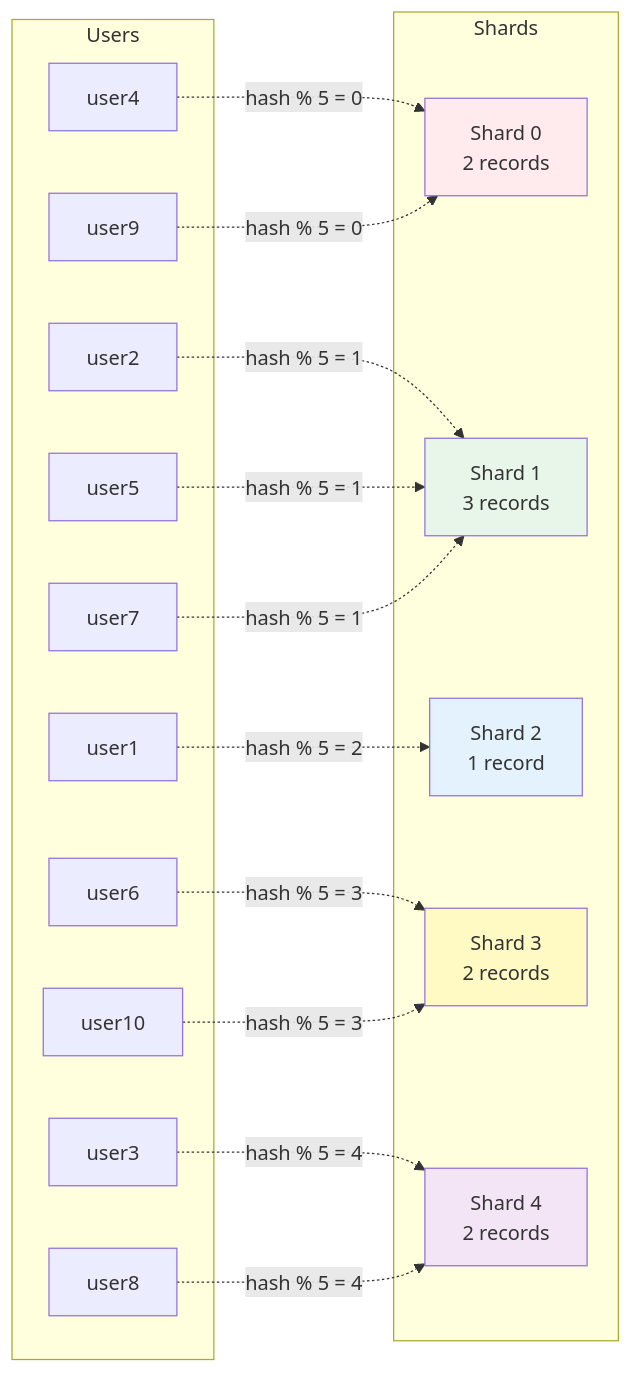
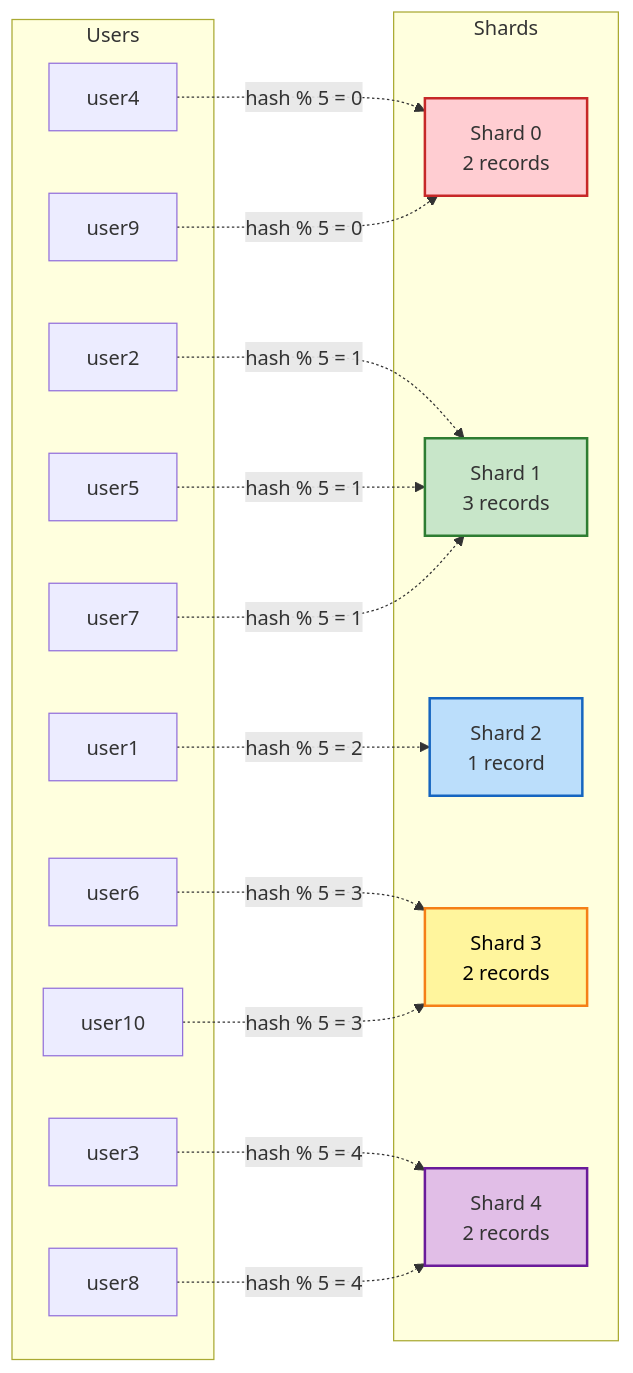
One commit to Demilade01/sharded-data-service changed the sixth of 10 diagrams in ARCHITECTURE.md. Above: the diagram before and after it, drawn with Mermaid. The commit also changed other lines of this file, not shown here.

````diff
--- a/ARCHITECTURE.md
+++ b/ARCHITECTURE.md
@@ -231,40 +231,40 @@
 ```mermaid
 graph LR
     subgraph "Users"
         U1[user1]
         U2[user2]
         U3[user3]
         U4[user4]
         U5[user5]
         U6[user6]
         U7[user7]
         U8[user8]
         U9[user9]
         U10[user10]
     end
 
     subgraph "Shards"
         S0[Shard 0<br/>2 records]
         S1[Shard 1<br/>3 records]
         S2[Shard 2<br/>1 record]
         S3[Shard 3<br/>2 records]
         S4[Shard 4<br/>2 records]
     end
 
     U1 -.->|hash % 5 = 2| S2
     U2 -.->|hash % 5 = 1| S1
     U3 -.->|hash % 5 = 4| S4
     U4 -.->|hash % 5 = 0| S0
     U5 -.->|hash % 5 = 1| S1
     U6 -.->|hash % 5 = 3| S3
     U7 -.->|hash % 5 = 1| S1
     U8 -.->|hash % 5 = 4| S4
     U9 -.->|hash % 5 = 0| S0
     U10 -.->|hash % 5 = 3| S3
 
-    style S0 fill:#ffebee
-    style S1 fill:#e8f5e9
-    style S2 fill:#e3f2fd
-    style S3 fill:#fff9c4
-    style S4 fill:#f3e5f5
+    style S0 fill:#ffcdd2,stroke:#c62828,stroke-width:2px
+    style S1 fill:#c8e6c9,stroke:#2e7d32,stroke-width:2px
+    style S2 fill:#bbdefb,stroke:#1565c0,stroke-width:2px
+    style S3 fill:#fff59d,stroke:#f57f17,stroke-width:2px,color:#000
+    style S4 fill:#e1bee7,stroke:#6a1b9a,stroke-width:2px
 ```
````
